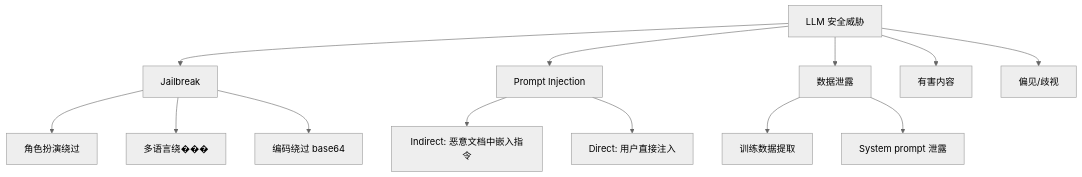
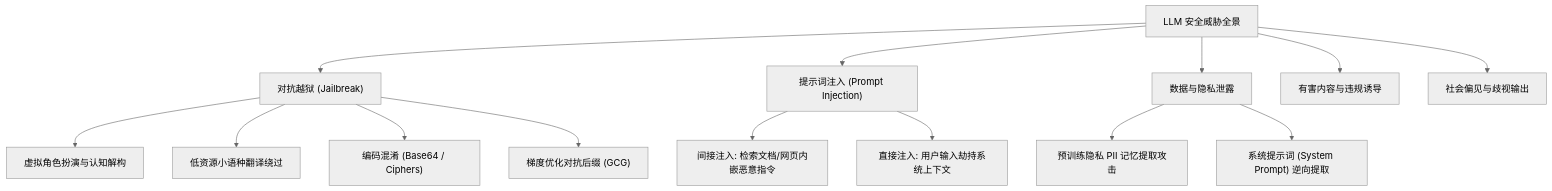
One commit to yingwang/llm-tutorial changed the diagram in chapters/10-safety-alignment.md. Above: the diagram before and after it, drawn with Mermaid (neutral theme). The commit also changed other lines of this file and 29 other files, not shown here.

````diff
--- a/chapters/10-safety-alignment.md
+++ b/chapters/10-safety-alignment.md
@@ -63,18 +66,19 @@
 ```mermaid
 graph TD
-    A[LLM 安全威胁] --> B[Jailbreak]
-    A --> C[Prompt Injection]
-    A --> D[数据泄露]
-    A --> E[有害内容]
-    A --> F[偏见/歧视]
+    A["LLM 安全威胁全景"] --> B["对抗越狱 (Jailbreak)"]
+    A --> C["提示词注入 (Prompt Injection)"]
+    A --> D["数据与隐私泄露"]
+    A --> E["有害内容与违规诱导"]
+    A --> F["社会偏见与歧视输出"]
     
-    B --> B1[角色扮演绕过]
-    B --> B2[多语言绕���]
-    B --> B3[编码绕过 base64]
+    B --> B1["虚拟角色扮演与认知解构"]
+    B --> B2["低资源小语种翻译绕过"]
+    B --> B3["编码混淆 (Base64 / Ciphers)"]
+    B --> B4["梯度优化对抗后缀 (GCG)"]
     
-    C --> C1[Indirect: 恶意文档中嵌入指令]
-    C --> C2[Direct: 用户直接注入]
+    C --> C1["间接注入: 检索文档/网页内嵌恶意指令"]
+    C --> C2["直接注入: 用户输入劫持系统上下文"]
     
-    D --> D1[训练数据提取]
-    D --> D2[System prompt 泄露]
+    D --> D1["预训练隐私 PII 记忆提取攻击"]
+    D --> D2["系统提示词 (System Prompt) 逆向提取"]
 ```
````
